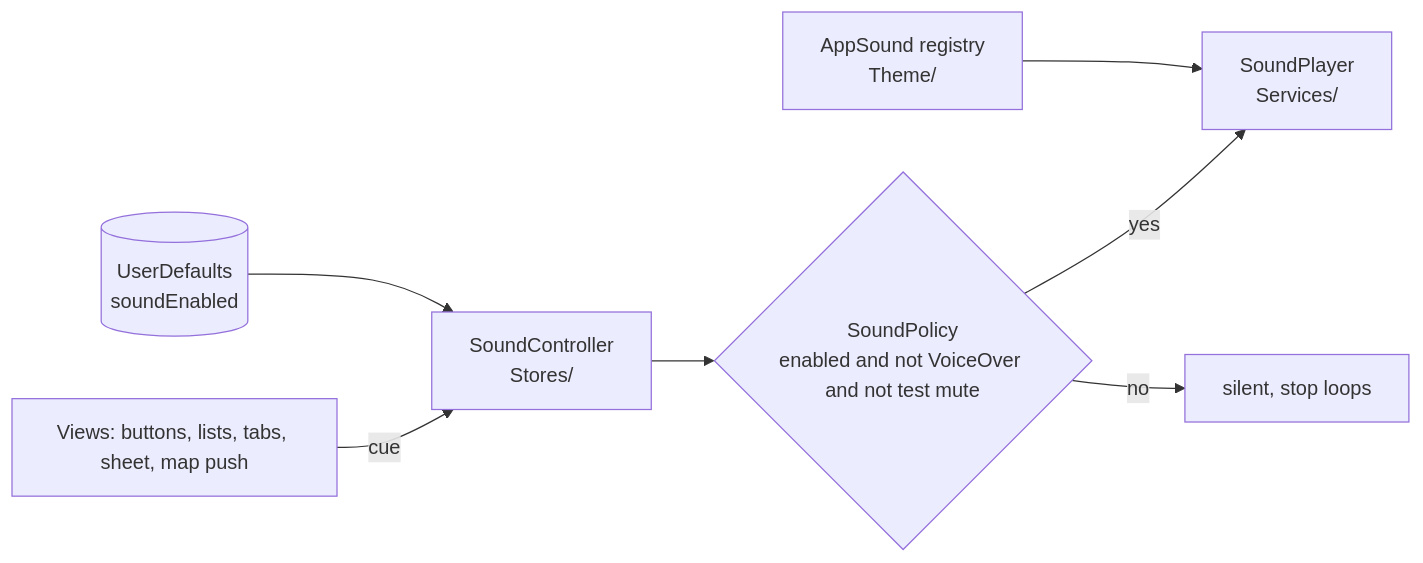
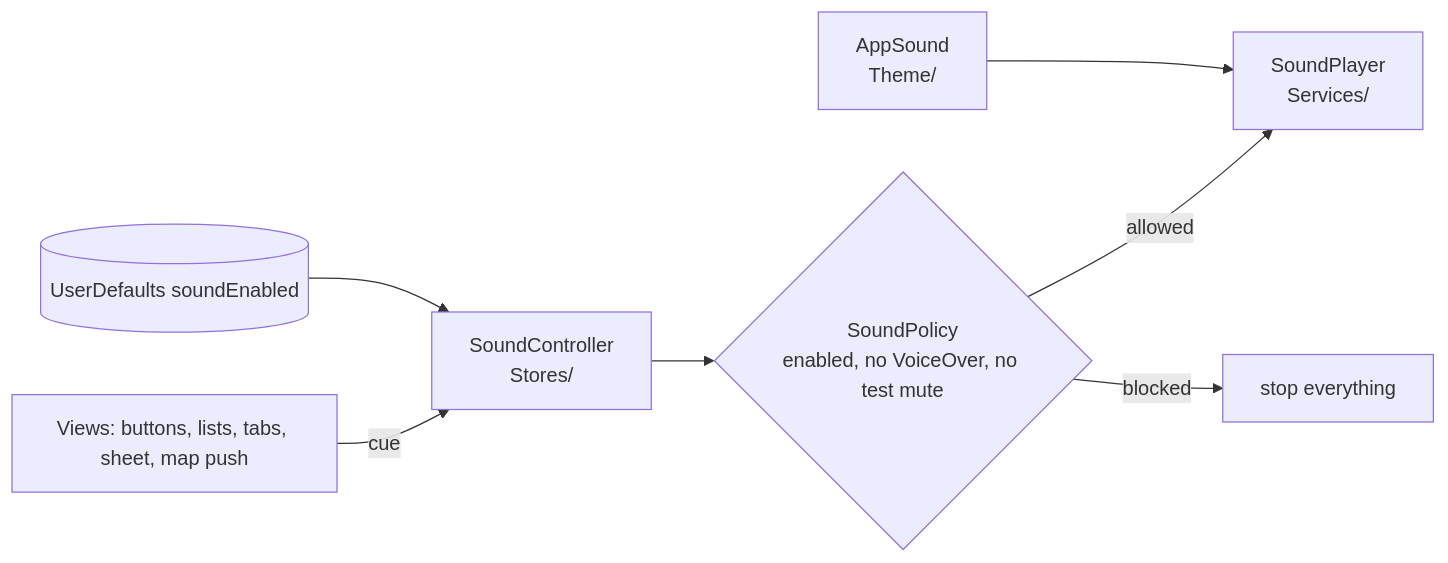
Before and after one commit to iyepes/NYCFarmerMarkets: the diagram in .kiro/specs/interaction-sounds/design.md, drawn with Mermaid. The commit also changed other lines of this file and 49 other files, not shown here.

````diff
--- a/.kiro/specs/interaction-sounds/design.md
+++ b/.kiro/specs/interaction-sounds/design.md
@@ -9,9 +11,9 @@
 ```mermaid
 flowchart LR
   V[Views: buttons, lists, tabs, sheet, map push] -->|cue| C[SoundController<br/>Stores/]
-  C --> P{SoundPolicy<br/>enabled and not VoiceOver and not test mute}
-  P -->|yes| A[SoundPlayer<br/>Services/]
-  P -->|no| X[silent, stop loops]
-  R[AppSound registry<br/>Theme/] --> A
-  S[(UserDefaults<br/>soundEnabled)] --> C
+  C --> P{SoundPolicy<br/>enabled, no VoiceOver, no test mute}
+  P -->|allowed| A[SoundPlayer<br/>Services/]
+  P -->|blocked| X[stop everything]
+  R[AppSound<br/>Theme/] --> A
+  S[(UserDefaults soundEnabled)] --> C
 ```
````
